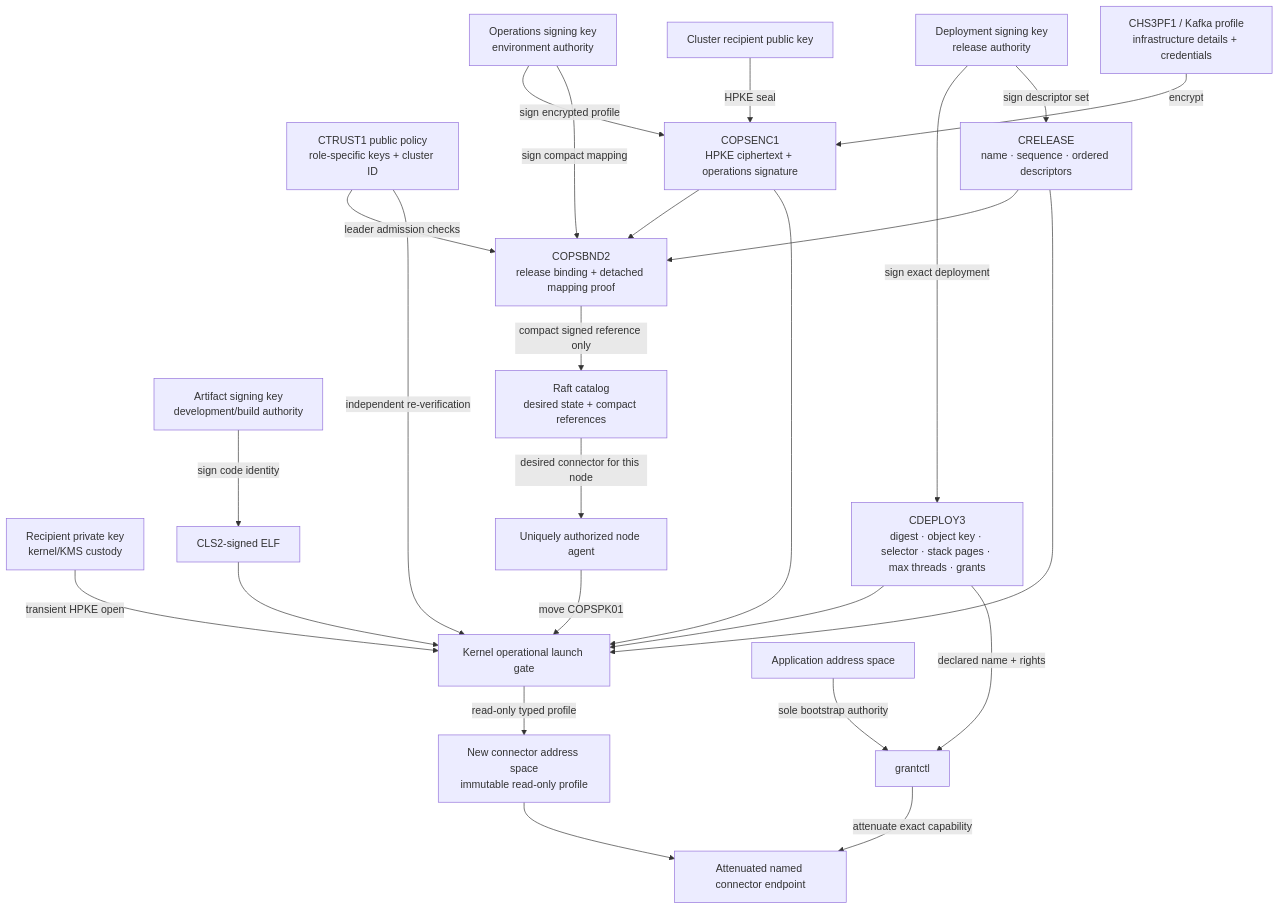
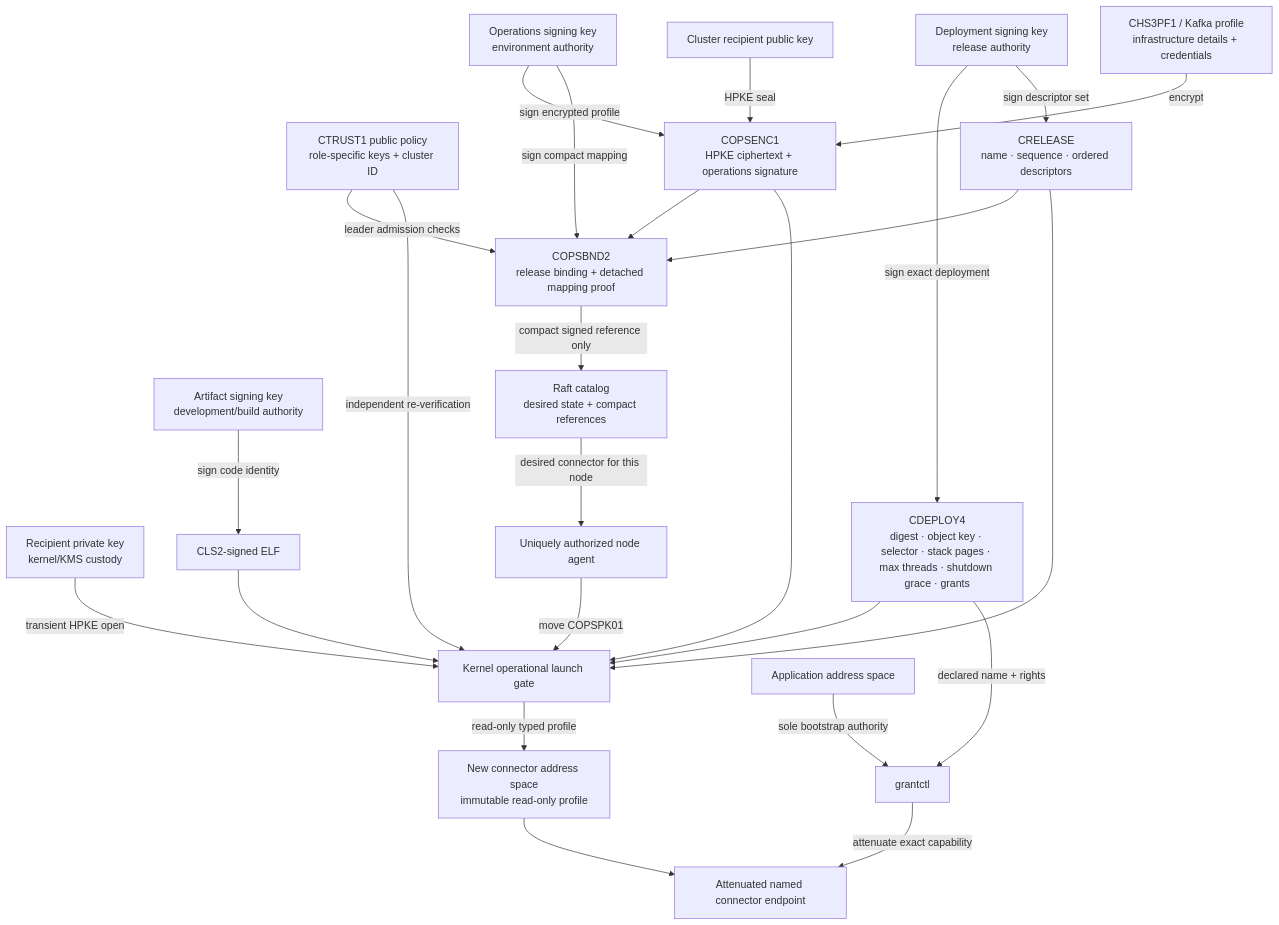
Before and after one commit to FrodeRanders/charlotte-os: the tenth of 12 diagrams in docs/figures.md, drawn with Mermaid. The commit also changed other lines of this file and 44 other files, not shown here.

````diff
--- a/docs/figures.md
+++ b/docs/figures.md
@@ -442,47 +442,47 @@
 ```mermaid
 flowchart TD
 AK["Artifact signing key<br/>development/build authority"]
 DK["Deployment signing key<br/>release authority"]
 OK["Operations signing key<br/>environment authority"]
 RPK["Cluster recipient public key"]
 RSK["Recipient private key<br/>kernel/KMS custody"]
 TRUST["CTRUST1 public policy<br/>role-specific keys + cluster ID"]
 ELF["CLS2-signed ELF"]
-DESC["CDEPLOY3<br/>digest · object key · selector · stack pages · max threads · grants"]
+DESC["CDEPLOY4<br/>digest · object key · selector · stack pages · max threads · shutdown grace · grants"]
 REL["CRELEASE<br/>name · sequence · ordered descriptors"]
 PROFILE["CHS3PF1 / Kafka profile<br/>infrastructure details + credentials"]
 ENC["COPSENC1<br/>HPKE ciphertext + operations signature"]
 BUNDLE["COPSBND2<br/>release binding + detached mapping proof"]
 CAT["Raft catalog<br/>desired state + compact references"]
 AGENT["Uniquely authorized node agent"]
 GATE["Kernel operational launch gate"]
 CONNECTOR["New connector address space<br/>immutable read-only profile"]
 DOMAIN["Application address space"]
 GRANT["grantctl"]
 ENDPOINT["Attenuated named connector endpoint"]
 
       AK -->|"sign code identity"| ELF
       DK -->|"sign exact deployment"| DESC
       DK -->|"sign descriptor set"| REL
       RPK -->|"HPKE seal"| ENC
       OK -->|"sign encrypted profile"| ENC
       PROFILE -->|"encrypt"| ENC
       OK -->|"sign compact mapping"| BUNDLE
       REL --> BUNDLE
       ENC --> BUNDLE
       TRUST -->|"leader admission checks"| BUNDLE
       BUNDLE -->|"compact signed reference only"| CAT
       CAT -->|"desired connector for this node"| AGENT
       AGENT -->|"move COPSPK01"| GATE
       TRUST -->|"independent re-verification"| GATE
       RSK -->|"transient HPKE open"| GATE
       ELF --> GATE
       DESC --> GATE
       REL --> GATE
       ENC --> GATE
       GATE -->|"read-only typed profile"| CONNECTOR
       CONNECTOR --> ENDPOINT
       DESC -->|"declared name + rights"| GRANT
       DOMAIN -->|"sole bootstrap authority"| GRANT
       GRANT -->|"attenuate exact capability"| ENDPOINT
 ```
````
